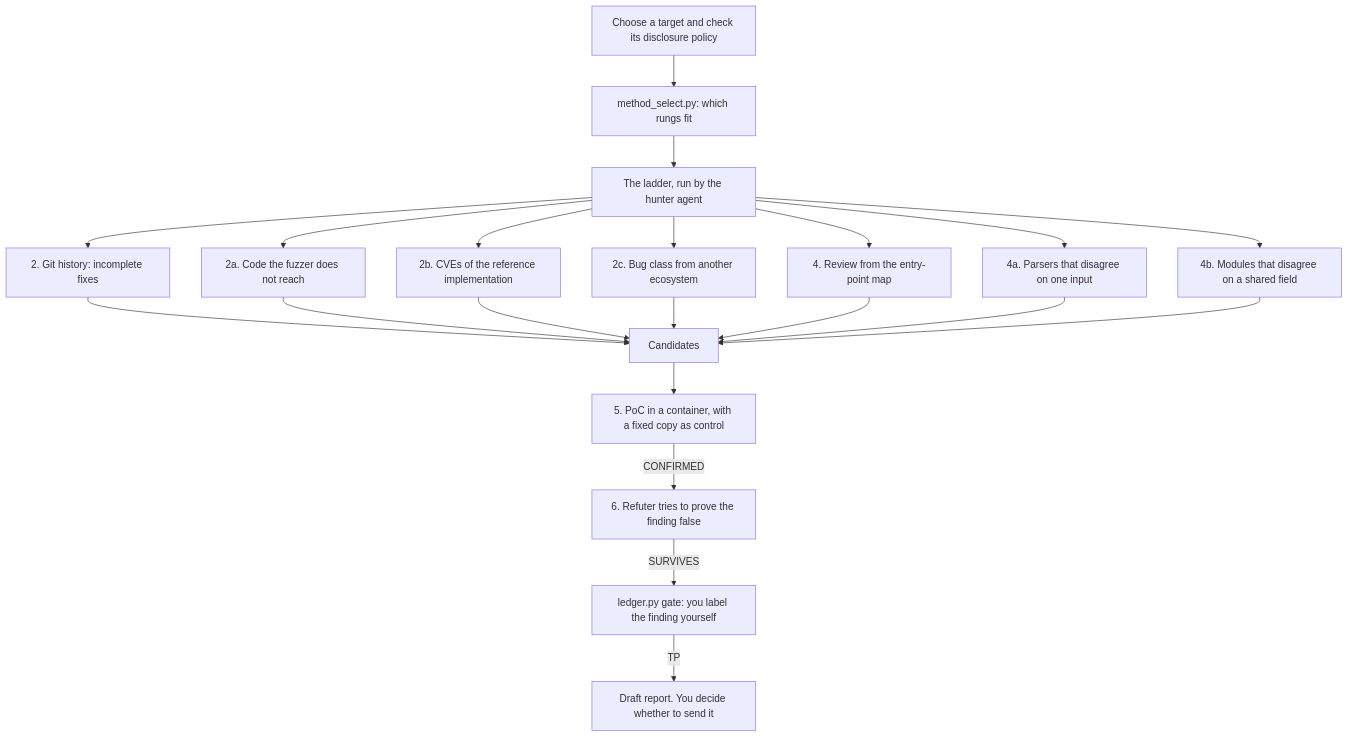
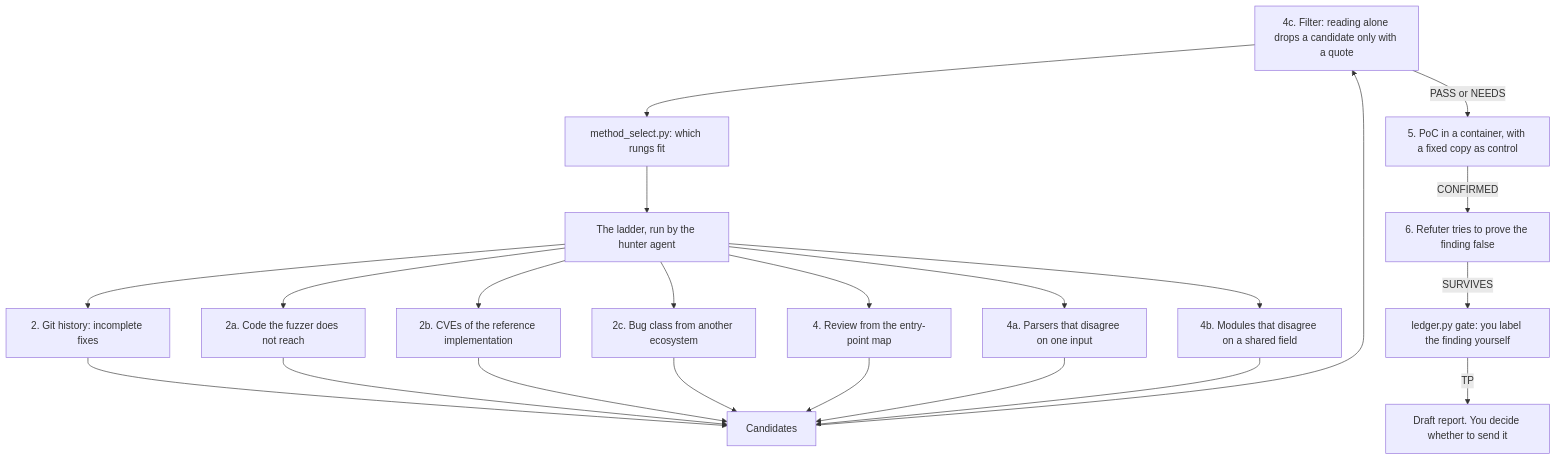
One commit to Socialpranker/cyber-defense-plugin changed the diagram in README.md. Above: the diagram before and after it, drawn with Mermaid. The commit also changed other lines of this file and 16 other files, not shown here.

First line of the commit message:
feat: filter before the PoC, reach markers with poc_pair.py, three-copy fix check, live-target controls

````diff
--- a/README.md
+++ b/README.md
@@ -74,17 +74,18 @@
 ```mermaid
 flowchart TD
     T[Choose a target and check its disclosure policy] --> M[method_select.py: which rungs fit]
     M --> L[The ladder, run by the hunter agent]
     L --> R2[2. Git history: incomplete fixes]
     L --> R2a[2a. Code the fuzzer does not reach]
     L --> R2b[2b. CVEs of the reference implementation]
     L --> R2c[2c. Bug class from another ecosystem]
     L --> R4[4. Review from the entry-point map]
     L --> R4a[4a. Parsers that disagree on one input]
     L --> R4b[4b. Modules that disagree on a shared field]
     R2 & R2a & R2b & R2c & R4 & R4a & R4b --> C[Candidates]
-    C --> P[5. PoC in a container, with a fixed copy as control]
+    C --> T[4c. Filter: reading alone drops a candidate only with a quote]
+    T -->|PASS or NEEDS| P[5. PoC in a container, with a fixed copy as control]
     P -->|CONFIRMED| F[6. Refuter tries to prove the finding false]
     F -->|SURVIVES| G[ledger.py gate: you label the finding yourself]
     G -->|TP| D[Draft report. You decide whether to send it]
 ```
````
